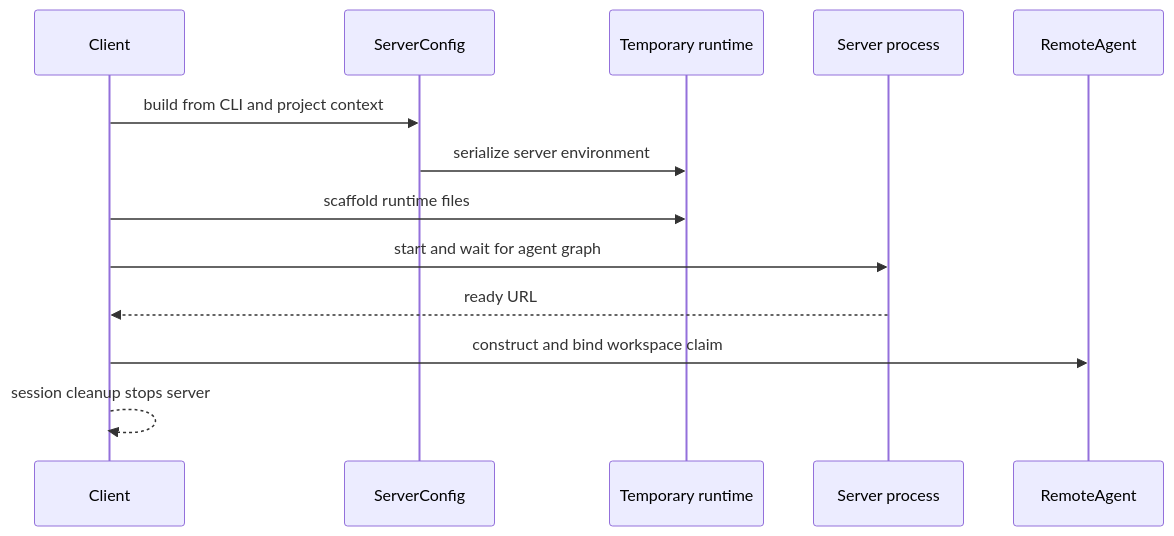
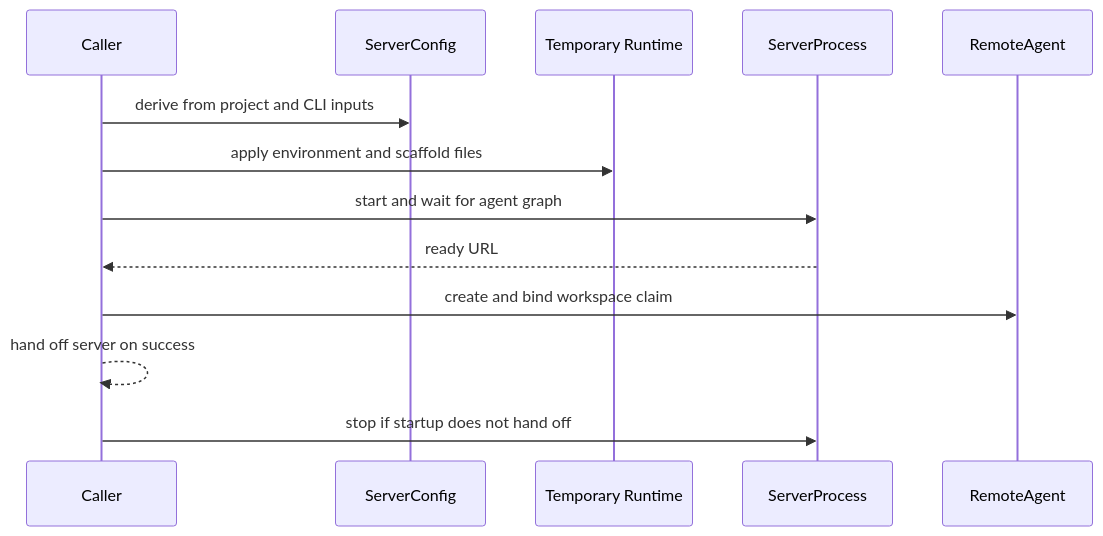
The second of 3 diagrams in openwiki/testing/testing-guide.md (langchain-ai/deepagents), drawn with Mermaid before and after one commit. The commit also changed other lines of this file and 33 other files, not shown here.

````diff
--- a/openwiki/testing/testing-guide.md
+++ b/openwiki/testing/testing-guide.md
@@ -122,15 +99,15 @@
 ```mermaid
 sequenceDiagram
-    participant Client
+    participant Caller
     participant Config as ServerConfig
-    participant Runtime as Temporary runtime
-    participant Server as Server process
-    participant Agent as RemoteAgent
-    Client->>Config: build from CLI and project context
-    Config->>Runtime: serialize server environment
-    Client->>Runtime: scaffold runtime files
-    Client->>Server: start and wait for agent graph
-    Server-->>Client: ready URL
-    Client->>Agent: construct and bind workspace claim
-    Client-->>Client: session cleanup stops server
+    participant Runtime as Temporary Runtime
+    participant Proc as ServerProcess
+    participant Remote as RemoteAgent
+    Caller->>Config: derive from project and CLI inputs
+    Caller->>Runtime: apply environment and scaffold files
+    Caller->>Proc: start and wait for agent graph
+    Proc-->>Caller: ready URL
+    Caller->>Remote: create and bind workspace claim
+    Caller-->>Caller: hand off server on success
+    Caller->>Proc: stop if startup does not hand off
 ```
````
